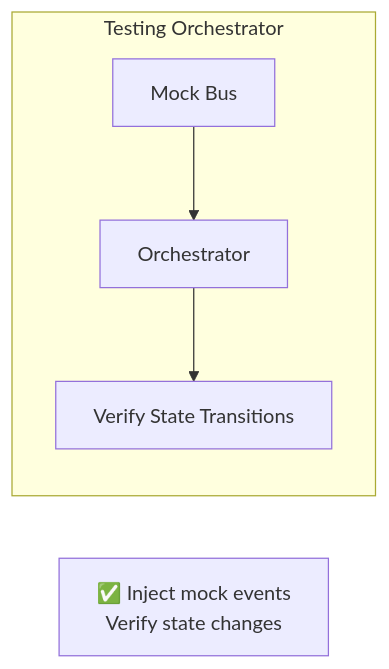
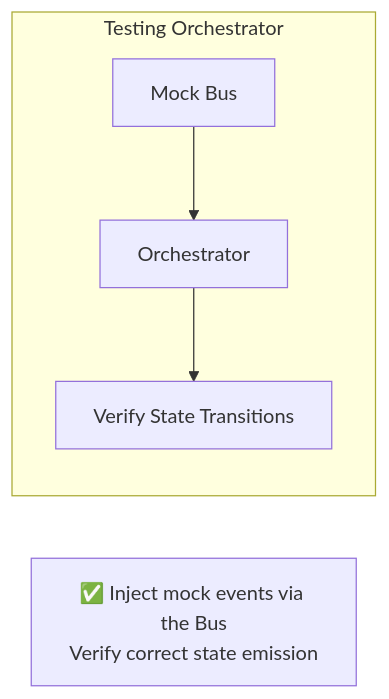
One commit to lploc94/flutter_orchestrator changed the seventh of 14 diagrams in book/chapters/07_best_practices.md. Above: the diagram before and after it, drawn with Mermaid. The commit also changed other lines of this file and 31 other files, not shown here.

````diff
--- a/book/chapters/07_best_practices.md
+++ b/book/chapters/07_best_practices.md
@@ -154,13 +179,13 @@
 ```mermaid
 flowchart LR
     subgraph OrchestratorTest["Testing Orchestrator"]
         MockBus["Mock Bus"]
         Orch["Orchestrator"]
         States["Verify State Transitions"]
     end
     
     MockBus --> Orch
     Orch --> States
     
-    Note["✅ Inject mock events<br/>Verify state changes"]
+    Note["✅ Inject mock events via the Bus<br/>Verify correct state emission"]
 ```
````
